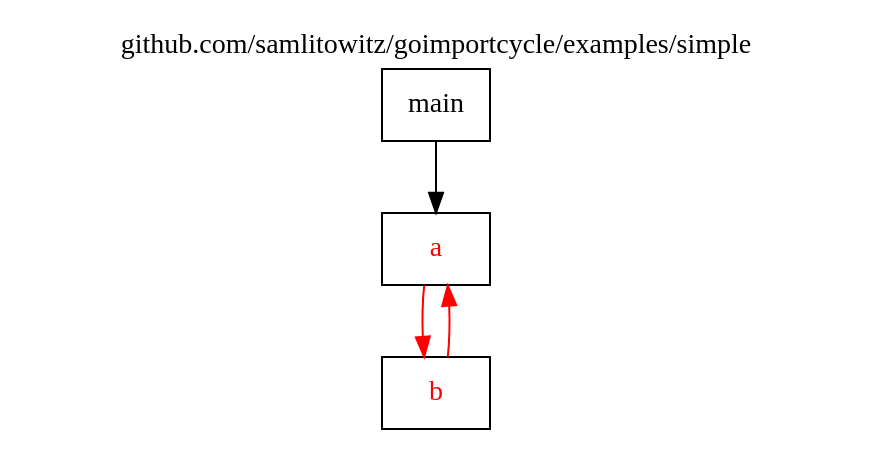
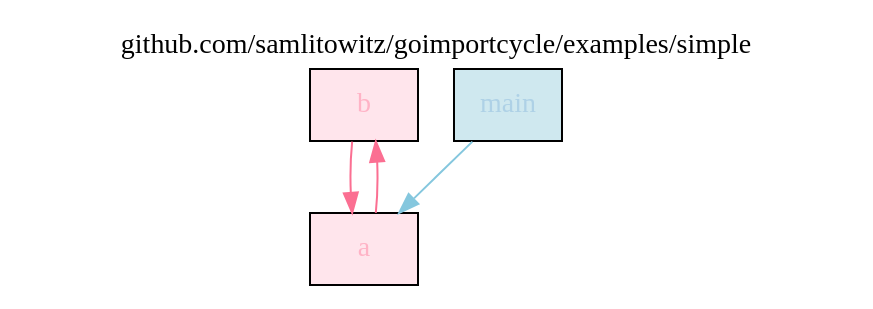
One commit to samlitowitz/goimportcycle changed the diagram in assets/examples/simple-config/package.dot. Above: the diagram before and after it, drawn with Graphviz. The commit also changed 13 other files, not shown here.

```diff
--- a/assets/examples/simple-config/package.dot
+++ b/assets/examples/simple-config/package.dot
@@ -1,14 +1,14 @@
 
 digraph {
 	labelloc="t";
 	label="github.com/samlitowitz/goimportcycle/examples/simple";
 	rankdir="TB";
 	node [shape="rect"];
 
-	pkg_main [label="main", style="filled", fontcolor="#000000", fillcolor="#ffffff"];
-	pkg_a [label="a", style="filled", fontcolor="#ff0000", fillcolor="#ffffff"];
-	pkg_b [label="b", style="filled", fontcolor="#ff0000", fillcolor="#ffffff"];
-	pkg_main -> pkg_a [color="#000000"];
-	pkg_a -> pkg_b [color="#ff0000"];
-	pkg_b -> pkg_a [color="#ff0000"];
+	pkg_b [label="b", style="filled", fontcolor="#ffb3c6", fillcolor="#ffe5ec"];
+	pkg_main [label="main", style="filled", fontcolor="#aed1e6", fillcolor="#cfe8ef"];
+	pkg_a [label="a", style="filled", fontcolor="#ffb3c6", fillcolor="#ffe5ec"];
+	pkg_b -> pkg_a [color="#fb6f92"];
+	pkg_main -> pkg_a [color="#85c7de"];
+	pkg_a -> pkg_b [color="#fb6f92"];
 }
```
